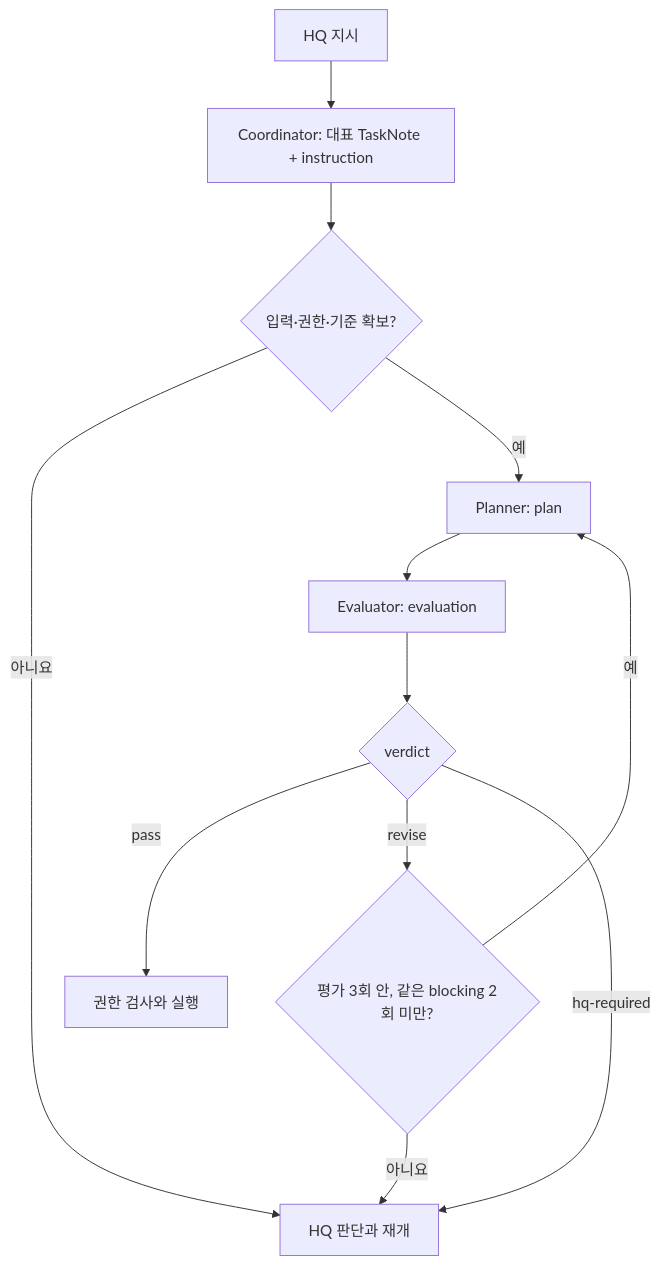
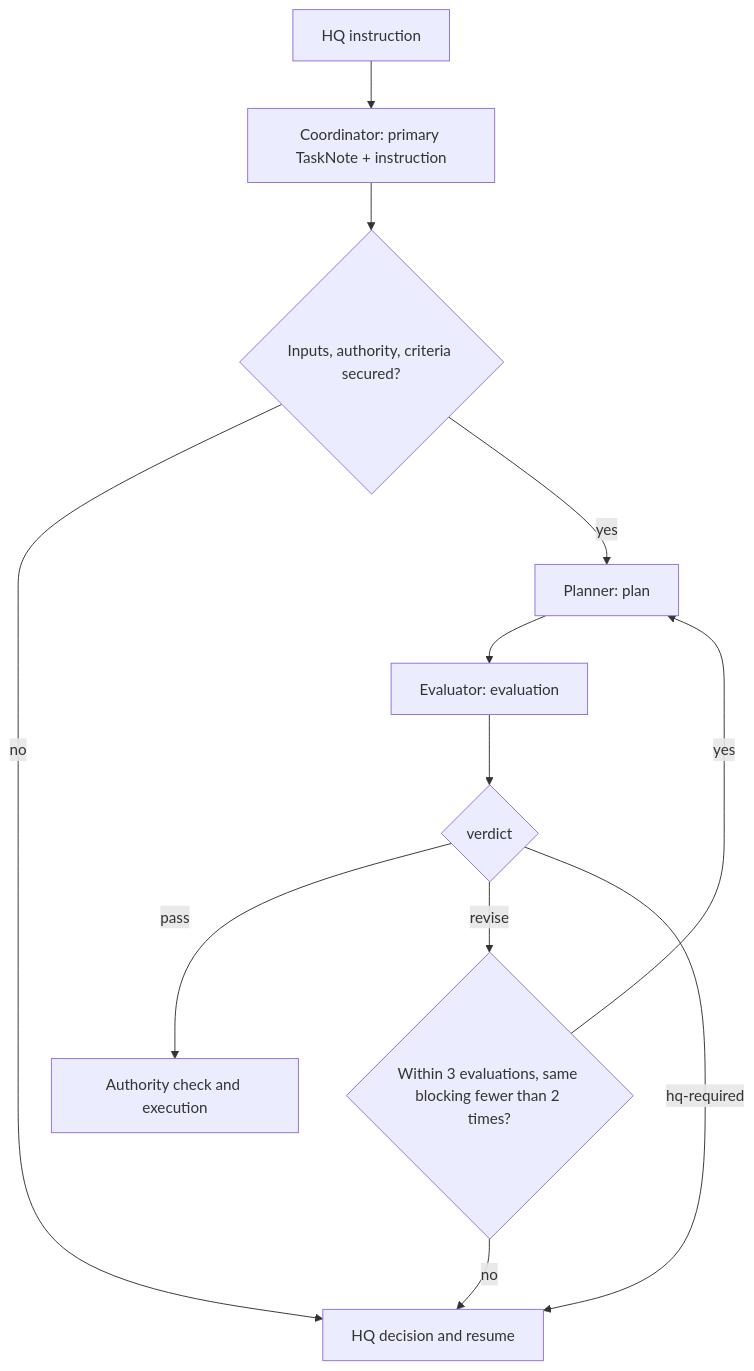
The second of 4 diagrams in AI/Workflow_agent.md (jinwoongkwak/AGENT_NODE_GOVERNANCE), drawn with Mermaid before and after one commit. The commit also changed other lines of this file and 43 other files, not shown here.

````diff
--- a/AI/Workflow_agent.md
+++ b/AI/Workflow_agent.md
@@ -87,14 +87,14 @@
 ```mermaid
 flowchart TD
-    H["HQ 지시"] --> I["Coordinator: 대표 TaskNote + instruction"]
-    I --> K{"입력·권한·기준 확보?"}
-    K -->|아니요| Q["HQ 판단과 재개"]
-    K -->|예| P["Planner: plan"]
+    H["HQ instruction"] --> I["Coordinator: primary TaskNote + instruction"]
+    I --> K{"Inputs, authority, criteria secured?"}
+    K -->|no| Q["HQ decision and resume"]
+    K -->|yes| P["Planner: plan"]
     P --> E["Evaluator: evaluation"]
     E --> G{"verdict"}
-    G -->|pass| X["권한 검사와 실행"]
-    G -->|revise| L{"평가 3회 안, 같은 blocking 2회 미만?"}
-    L -->|예| P
-    L -->|아니요| Q
+    G -->|pass| X["Authority check and execution"]
+    G -->|revise| L{"Within 3 evaluations, same blocking fewer than 2 times?"}
+    L -->|yes| P
+    L -->|no| Q
     G -->|hq-required| Q
 ```
````
